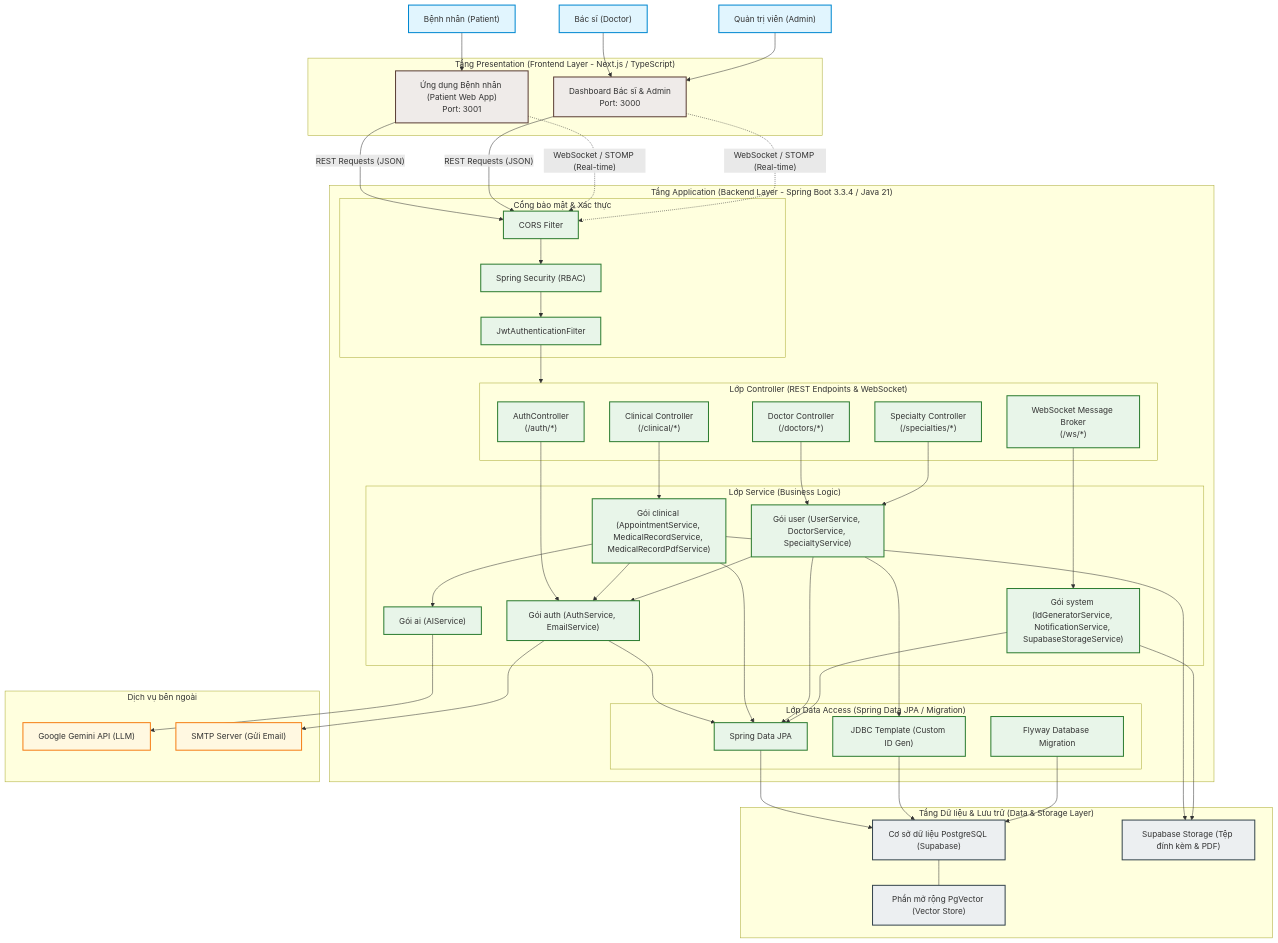
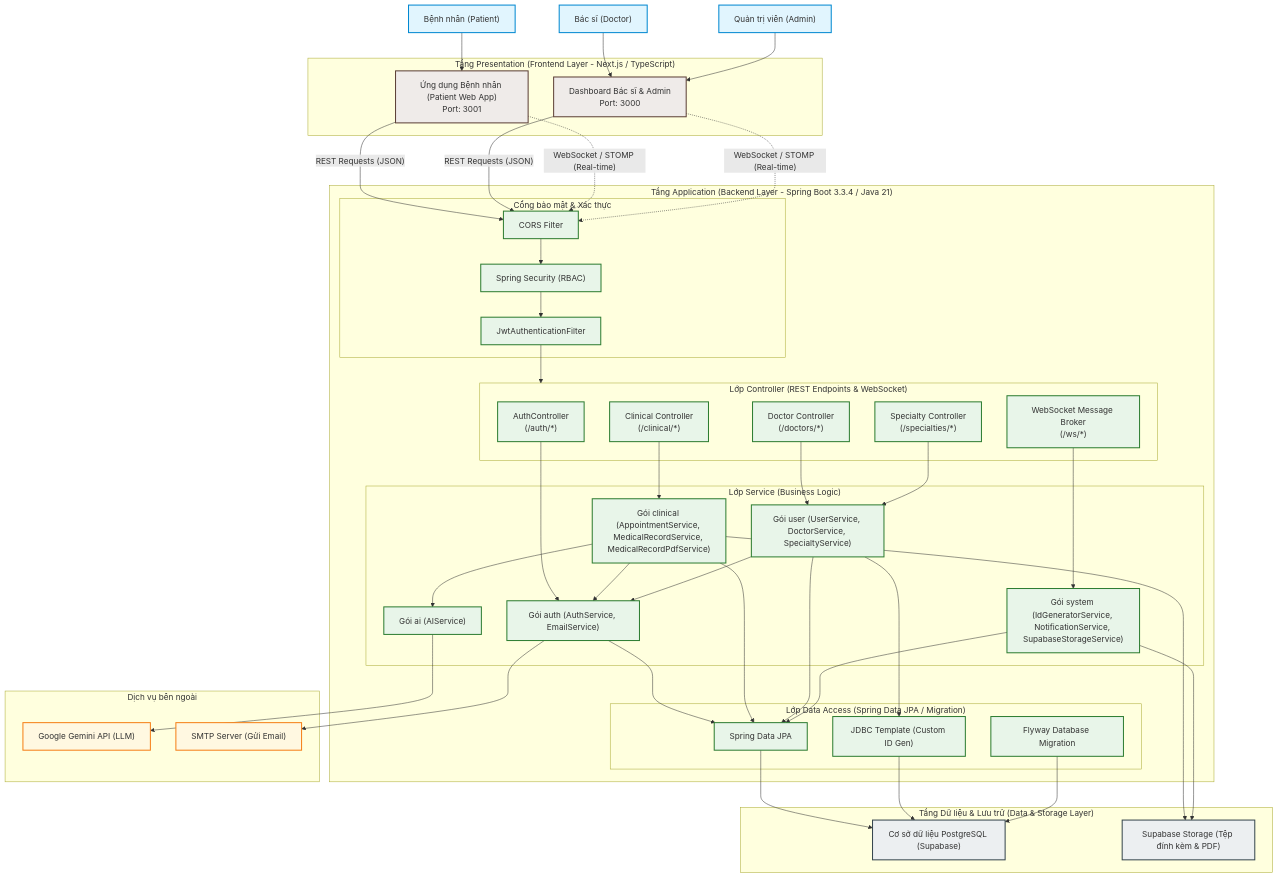
The diagram in docs/architecture-diagram.md (Anh-iscrying/MediCore_v2), drawn with Mermaid before and after one commit. The commit also changed other lines of this file and 1 other file, not shown here.

Commit message:
docs: Remove PgVector references from architecture diagrams and specifications

````diff
--- a/docs/architecture-diagram.md
+++ b/docs/architecture-diagram.md
@@ -72,7 +72,6 @@
     %% Tầng Dữ liệu & Lưu trữ
     subgraph StorageLayer ["Tầng Dữ liệu & Lưu trữ (Data & Storage Layer)"]
         Postgres["Cơ sở dữ liệu PostgreSQL (Supabase)"]
-        PgVector["Phần mở rộng PgVector (Vector Store)"]
         SupabaseStorage["Supabase Storage (Tệp đính kèm & PDF)"]
     end
 
@@ -114,7 +113,6 @@
     JPA --> Postgres
     JDBC --> Postgres
     Flyway --> Postgres
-    Postgres --- PgVector
     
     ClinicalServices --> SupabaseStorage
     SystemServices --> SupabaseStorage
@@ -130,5 +128,5 @@
     class PatientApp,DocAdminApp frontStyle;
     class CORS,SpringSec,JwtFilter,AuthController,ClinicalController,DoctorController,SpecialtyController,WSController,AuthServices,ClinicalServices,UserServices,AIServices,SystemServices,JPA,JDBC,Flyway backStyle;
     class GeminiAPI,SMTPServer extStyle;
-    class Postgres,PgVector,SupabaseStorage dbStyle;
+    class Postgres,SupabaseStorage dbStyle;
 ```
````
